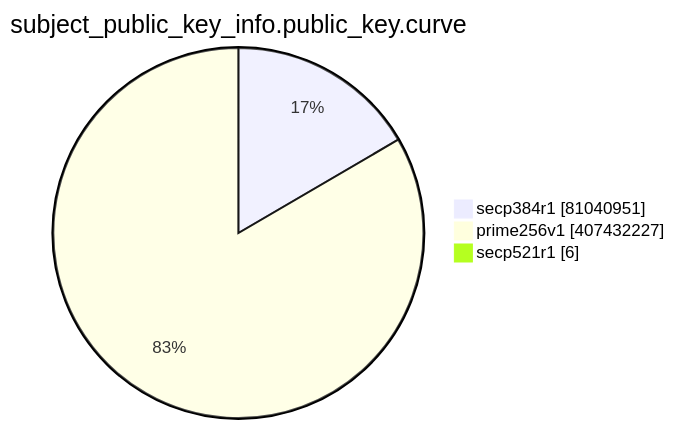
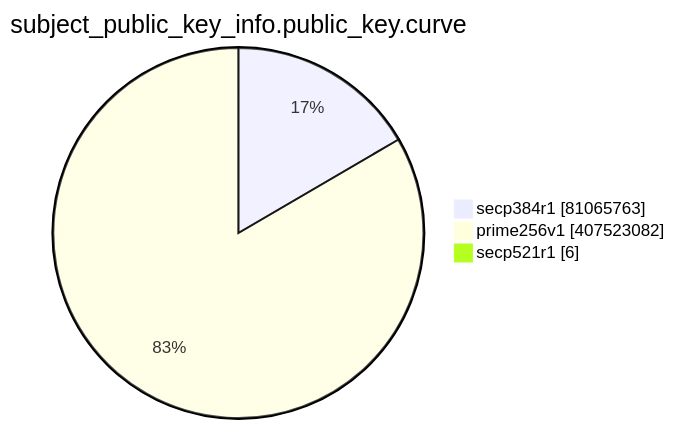
The eighth of 15 diagrams in TOTAL/README.md (christiankrug/ctmonitor_visualization), drawn with Mermaid before and after one commit. The commit also changed other lines of this file, not shown here.

````diff
--- a/TOTAL/README.md
+++ b/TOTAL/README.md
@@ -3096,7 +3096,7 @@
 ```mermaid
 pie showData
 title subject_public_key_info.public_key.curve
-"secp384r1" :81040951
-"prime256v1" :407432227
+"secp384r1" :81065763
+"prime256v1" :407523082
 "secp521r1" :6
 ```
````
